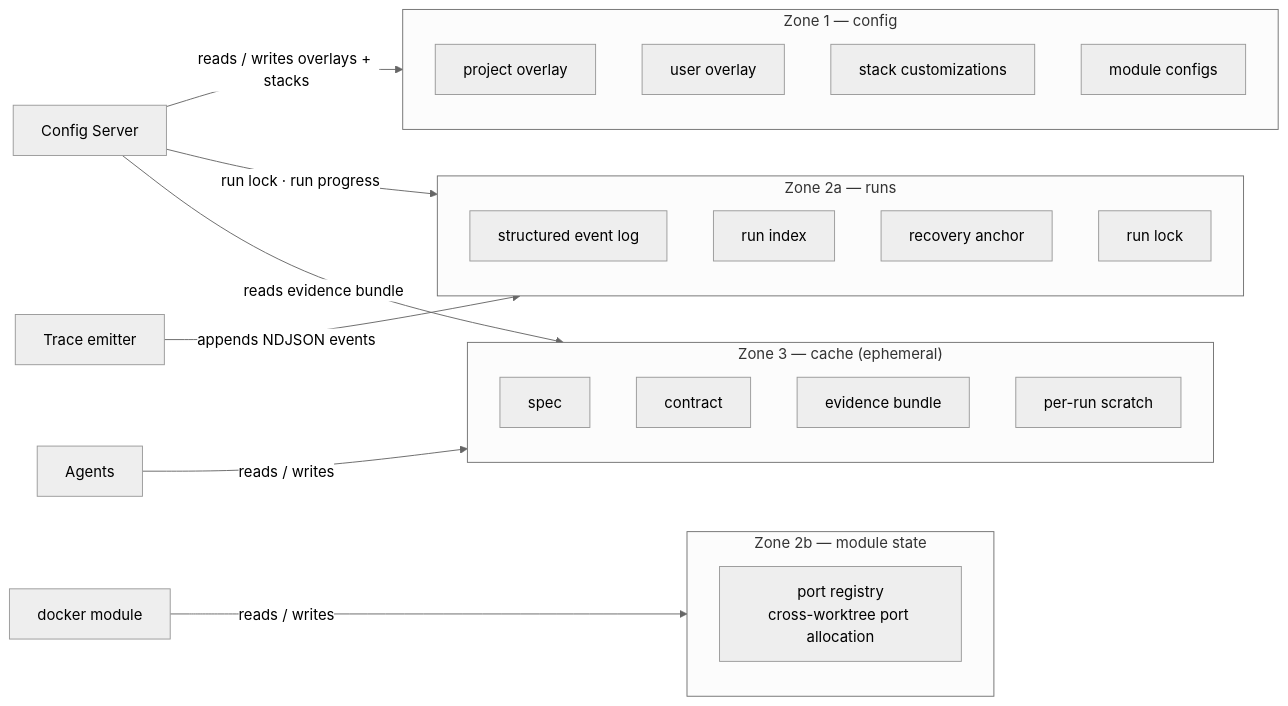
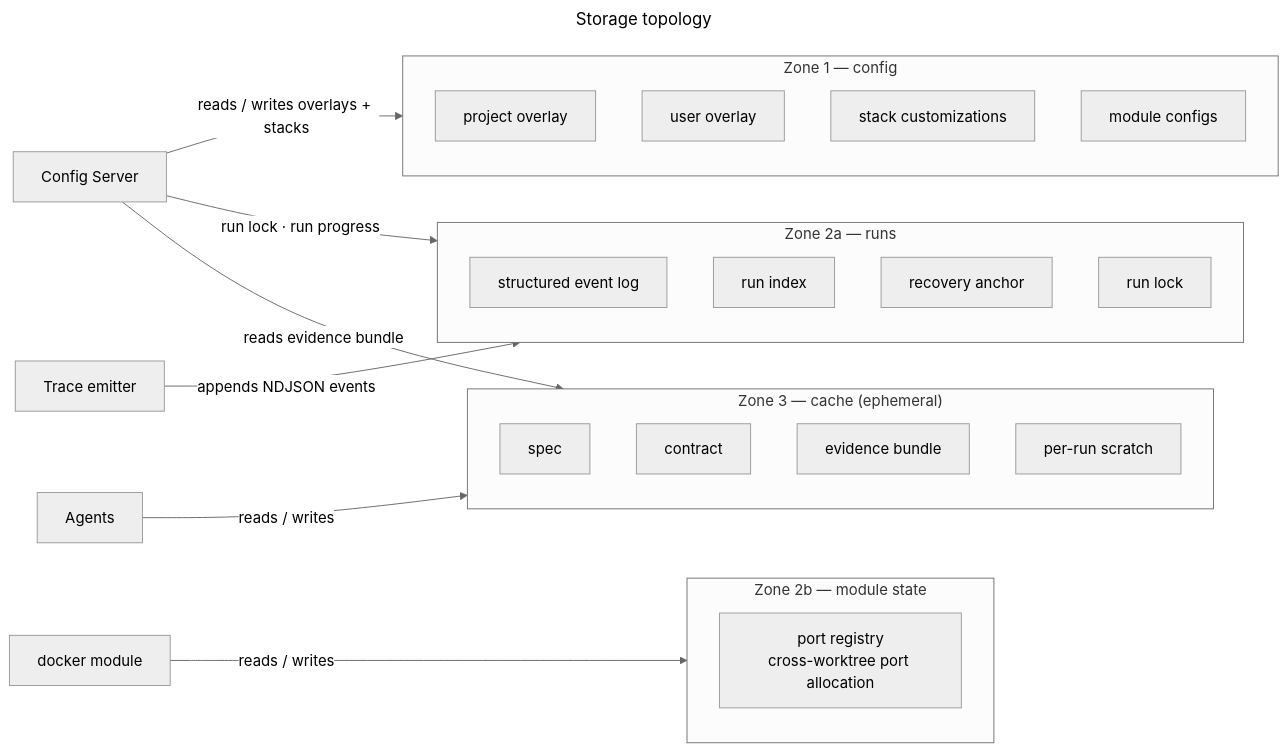
Before and after one commit to Thomas-AppForceOne/ClaudeAgents: the fourth of 5 diagrams in documentation/subsystem-architecture.md, drawn with Mermaid (neutral theme). The commit also changed other lines of this file, not shown here.

Commit message:
docs: add Mermaid title frontmatter to each diagram

````diff
--- a/documentation/subsystem-architecture.md
+++ b/documentation/subsystem-architecture.md
@@ -158,43 +167,46 @@
 ```mermaid
+---
+title: Storage topology
+---
 flowchart LR
     subgraph Z1["Zone 1 — config"]
         direction TB
         OVP["project overlay"]
         OVU["user overlay"]
         CST["stack customizations"]
         CMC["module configs"]
     end
 
     subgraph Z2R["Zone 2a — runs"]
         direction TB
         RT["structured event log"]
         RI["run index"]
         RA["recovery anchor"]
         RL["run lock"]
     end
 
     subgraph Z2M["Zone 2b — module state"]
         direction TB
         PR["port registry\ncross-worktree port allocation"]
     end
 
     subgraph Z3["Zone 3 — cache (ephemeral)"]
         direction TB
         SP["spec"]
         CO["contract"]
         EB["evidence bundle"]
         SC["per-run scratch"]
     end
 
     CS["Config Server"]
     TR["Trace emitter"]
     DK["docker module"]
     AG["Agents"]
 
     CS -->|"reads / writes overlays + stacks"| Z1
     CS -->|"run lock · run progress"| Z2R
     TR -->|"appends NDJSON events"| Z2R
     DK -->|"reads / writes"| Z2M
     AG -->|"reads / writes"| Z3
     CS -->|"reads evidence bundle"| Z3
 ```
````
